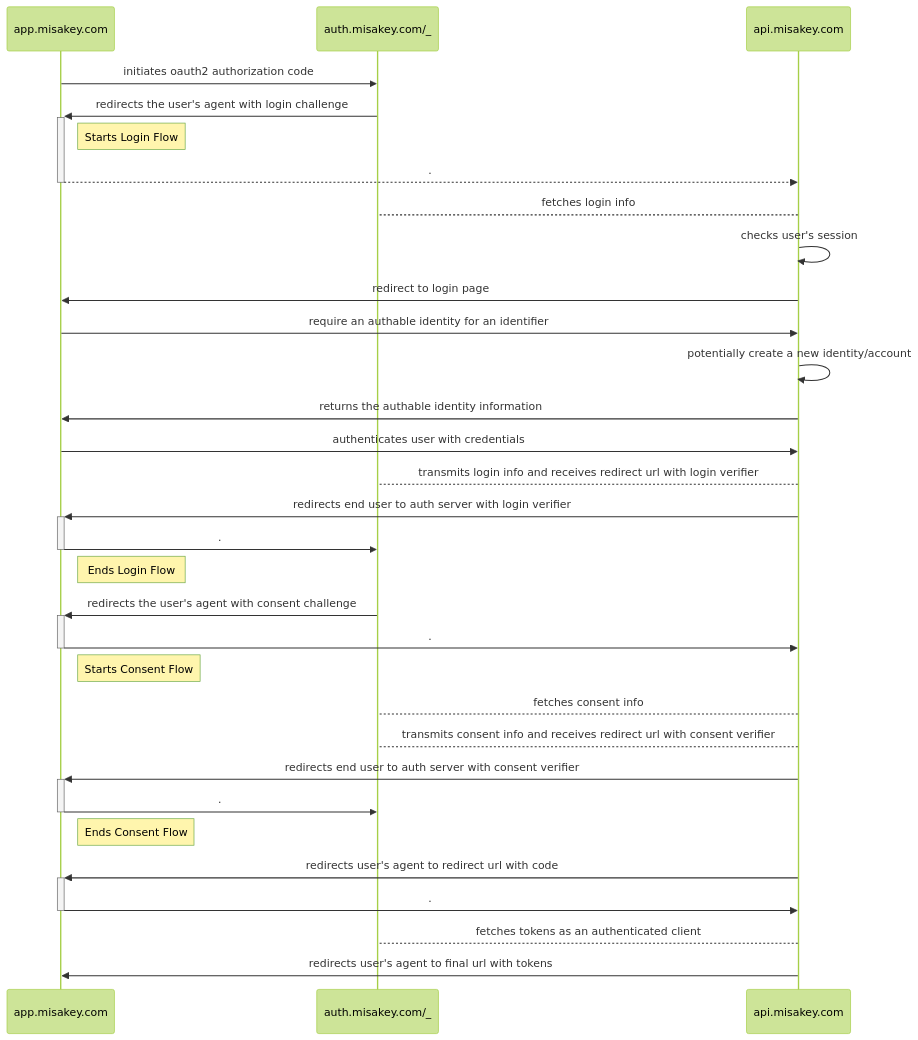
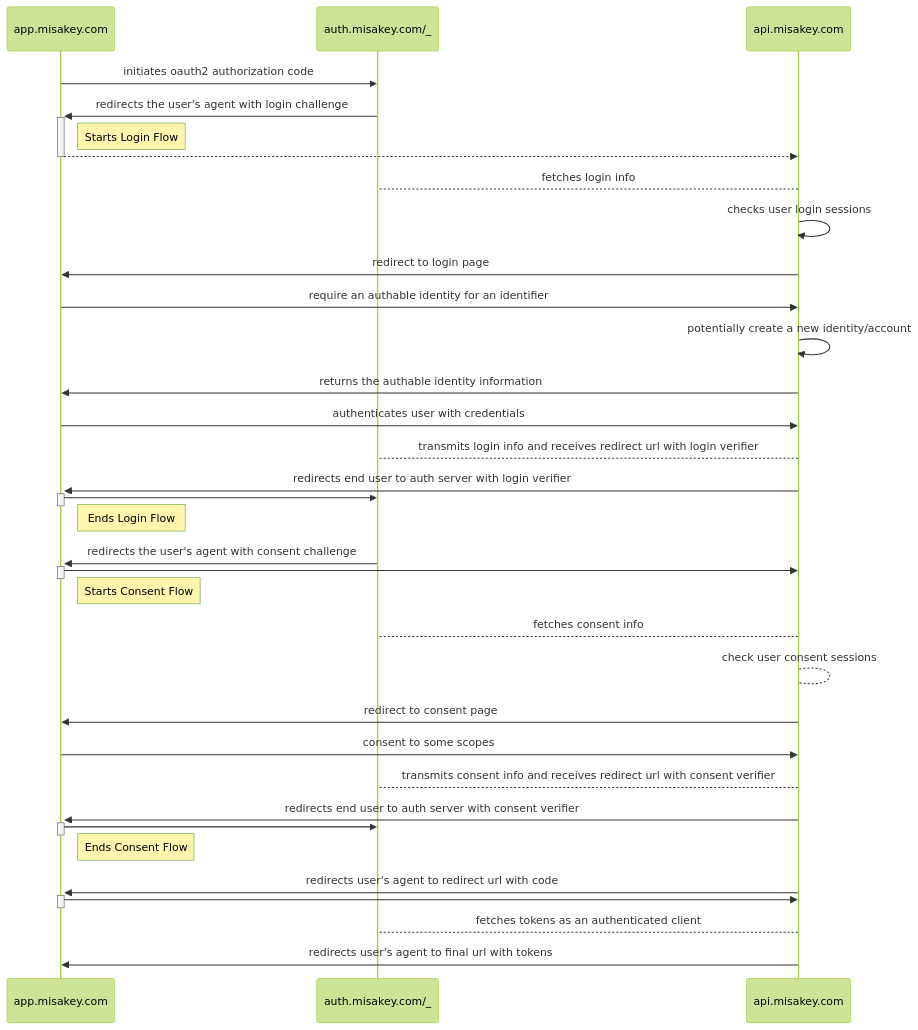
Before and after one commit to misakey/backend: the diagram in docs/content/endpoints/auth_flow.md, drawn with Mermaid (forest theme). The commit also changed other lines of this file and 44 other files, not shown here.

```diff
--- a/docs/content/endpoints/auth_flow.md
+++ b/docs/content/endpoints/auth_flow.md
@@ -32,30 +34,33 @@
 {{<mermaid>}}
 sequenceDiagram
     app.misakey.com->>auth.misakey.com/_: initiates oauth2 authorization code
     auth.misakey.com/_->>+app.misakey.com: redirects the user's agent with login challenge
     Note right of app.misakey.com: Starts Login Flow
-    app.misakey.com-->>-api.misakey.com: .
+    app.misakey.com-->>-api.misakey.com: 
     api.misakey.com-->auth.misakey.com/_: fetches login info
-    api.misakey.com->>api.misakey.com: checks user's session
+    api.misakey.com->>api.misakey.com: checks user login sessions
     api.misakey.com->>app.misakey.com: redirect to login page
     app.misakey.com->>api.misakey.com: require an authable identity for an identifier
     api.misakey.com->>api.misakey.com: potentially create a new identity/account
     api.misakey.com->>app.misakey.com: returns the authable identity information
     app.misakey.com->>api.misakey.com: authenticates user with credentials
     api.misakey.com-->auth.misakey.com/_: transmits login info and receives redirect url with login verifier
     api.misakey.com->>+app.misakey.com: redirects end user to auth server with login verifier
-    app.misakey.com->>-auth.misakey.com/_: .
+    app.misakey.com->>-auth.misakey.com/_: 
     Note right of app.misakey.com: Ends Login Flow
     auth.misakey.com/_->>+app.misakey.com: redirects the user's agent with consent challenge
-    app.misakey.com->>-api.misakey.com: .
+    app.misakey.com->>-api.misakey.com: 
     Note right of app.misakey.com: Starts Consent Flow
     api.misakey.com-->auth.misakey.com/_: fetches consent info
+    api.misakey.com-->api.misakey.com: check user consent sessions
+    api.misakey.com->>app.misakey.com: redirect to consent page
+    app.misakey.com->>api.misakey.com: consent to some scopes
     api.misakey.com-->auth.misakey.com/_: transmits consent info and receives redirect url with consent verifier
     api.misakey.com->>+app.misakey.com: redirects end user to auth server with consent verifier
-    app.misakey.com->>-auth.misakey.com/_: .
+    app.misakey.com->>-auth.misakey.com/_: 
     Note right of app.misakey.com: Ends Consent Flow
     api.misakey.com->>+app.misakey.com: redirects user's agent to redirect url with code
-    app.misakey.com->>-api.misakey.com: .
+    app.misakey.com->>-api.misakey.com: 
     api.misakey.com-->auth.misakey.com/_: fetches tokens as an authenticated client
     api.misakey.com->>app.misakey.com: redirects user's agent to final url with tokens
 {{</mermaid>}}
```
